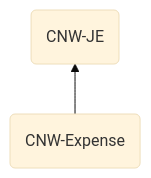
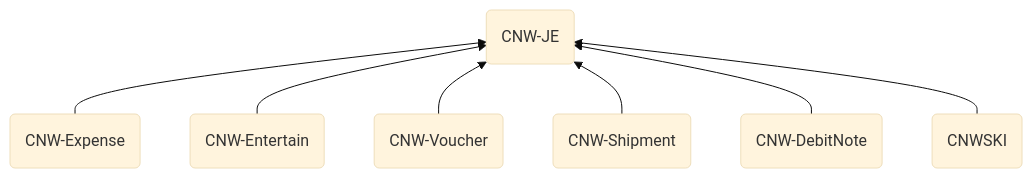
Before and after one commit to andyut/cnw_doc: the third of 5 diagrams in cnw_je_doc.md, drawn with Mermaid (base theme). The commit also changed other lines of this file, not shown here.

Commit message:
cnw_je_doc.md updated from https://stackedit.io/

````diff
--- a/cnw_je_doc.md
+++ b/cnw_je_doc.md
@@ -41,5 +41,11 @@
 ```mermaid
 graph BT
 A(CNW-Expense) --> B(CNW-JE)
+A1(CNW-Entertain) --> B(CNW-JE)
+A2(CNW-Voucher) --> B(CNW-JE)
+A3(CNW-Shipment) --> B(CNW-JE)
+A4(CNW-DebitNote) --> B(CNW-JE)
+A5(CNWSKI) --> B(CNW-JE)
+
 
 ```
````
